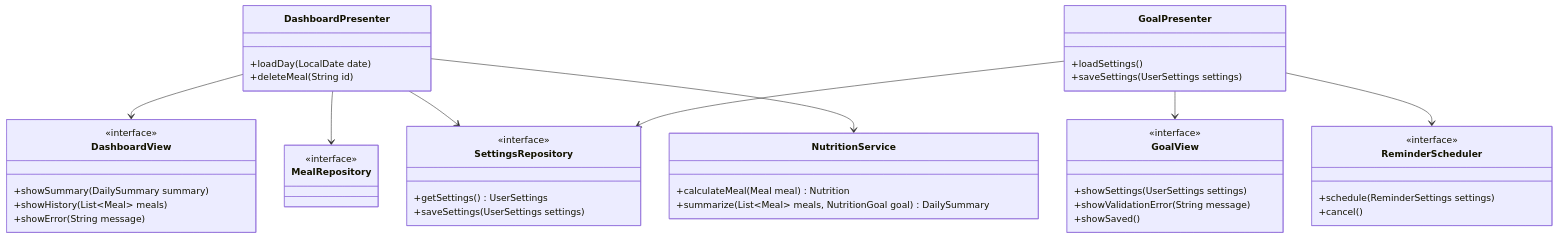
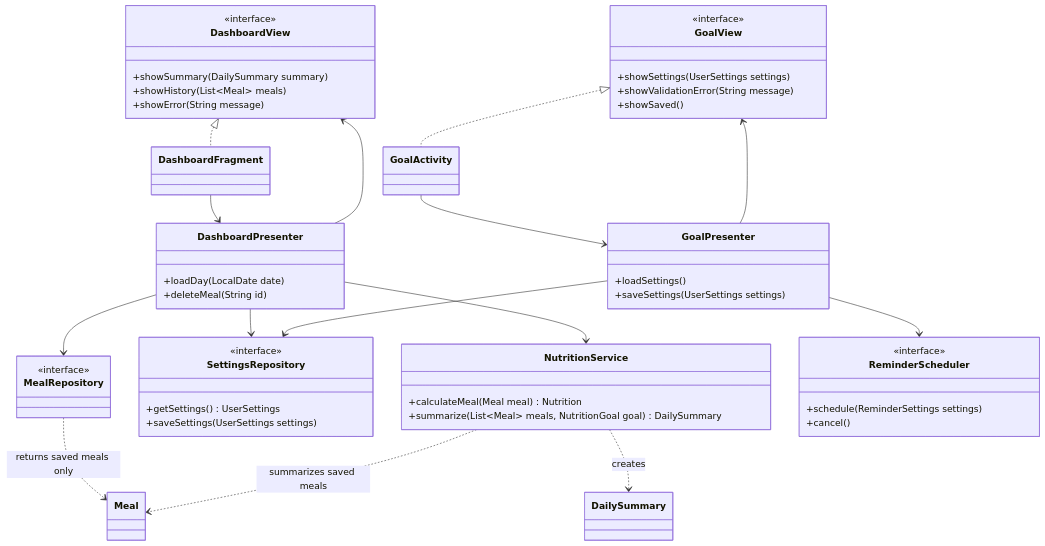
One commit to chuanmin0317/food-ledger changed the second of 5 diagrams in README.md. Above: the diagram before and after it, drawn with Mermaid. The commit also changed other lines of this file, not shown here.

````diff
--- a/README.md
+++ b/README.md
@@ -148,48 +162,59 @@
 ```mermaid
 classDiagram
 direction TB
 class DashboardView {
     <<interface>>
     +showSummary(DailySummary summary)
     +showHistory(List~Meal~ meals)
     +showError(String message)
 }
 class DashboardPresenter {
     +loadDay(LocalDate date)
     +deleteMeal(String id)
 }
 class GoalView {
     <<interface>>
     +showSettings(UserSettings settings)
     +showValidationError(String message)
     +showSaved()
 }
 class GoalPresenter {
     +loadSettings()
     +saveSettings(UserSettings settings)
 }
 class MealRepository {
     <<interface>>
 }
 class SettingsRepository {
     <<interface>>
     +getSettings() UserSettings
     +saveSettings(UserSettings settings)
 }
 class NutritionService {
     +calculateMeal(Meal meal) Nutrition
     +summarize(List~Meal~ meals, NutritionGoal goal) DailySummary
 }
 class ReminderScheduler {
     <<interface>>
     +schedule(ReminderSettings settings)
     +cancel()
 }
+class DashboardFragment
+class GoalActivity
+class Meal
+class DailySummary
+DashboardView <|.. DashboardFragment
+GoalView <|.. GoalActivity
+DashboardFragment --> DashboardPresenter
+GoalActivity --> GoalPresenter
+MealRepository ..> Meal : returns saved meals only
+NutritionService ..> Meal : summarizes saved meals
+NutritionService ..> DailySummary : creates
 DashboardPresenter --> DashboardView
 DashboardPresenter --> MealRepository
 DashboardPresenter --> SettingsRepository
 DashboardPresenter --> NutritionService
 GoalPresenter --> GoalView
 GoalPresenter --> SettingsRepository
 GoalPresenter --> ReminderScheduler
 ```
````
